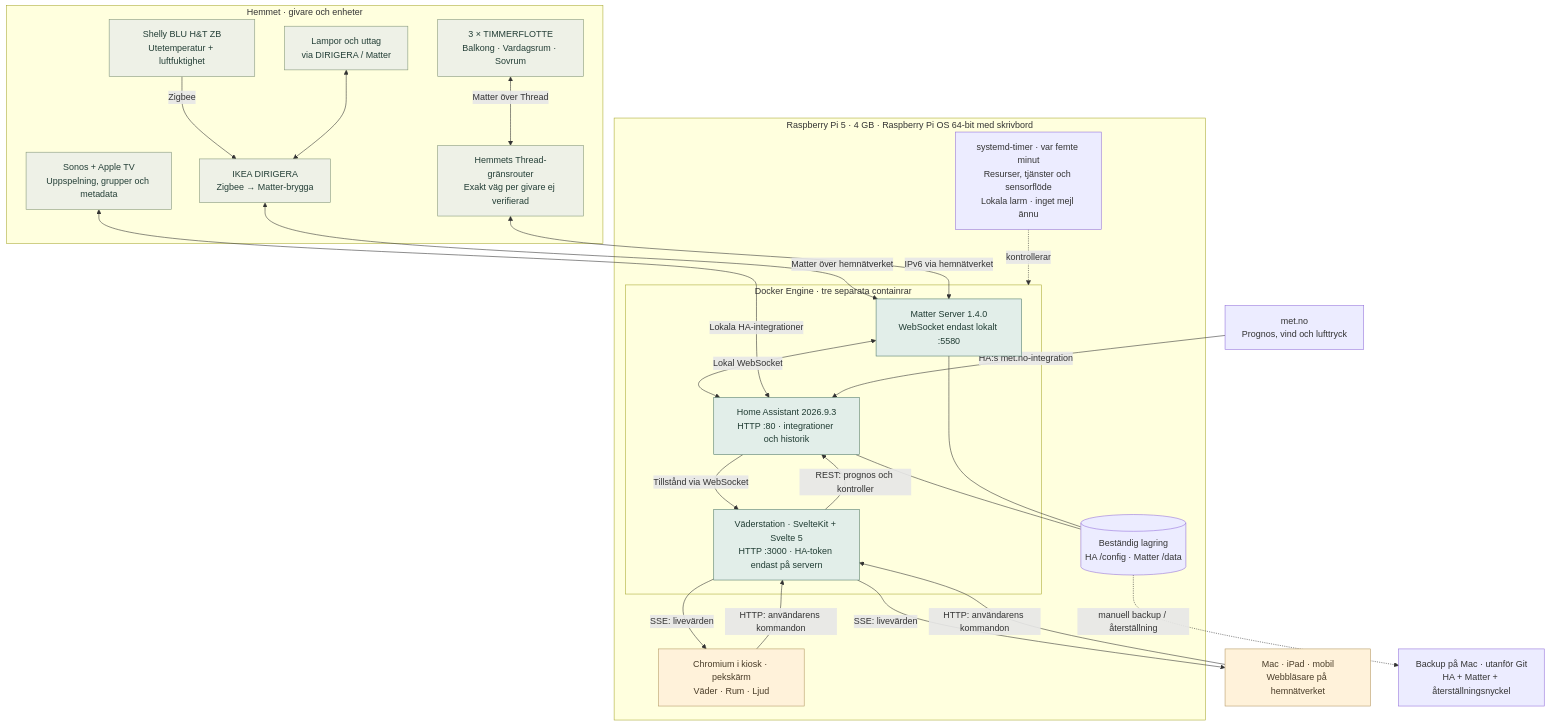
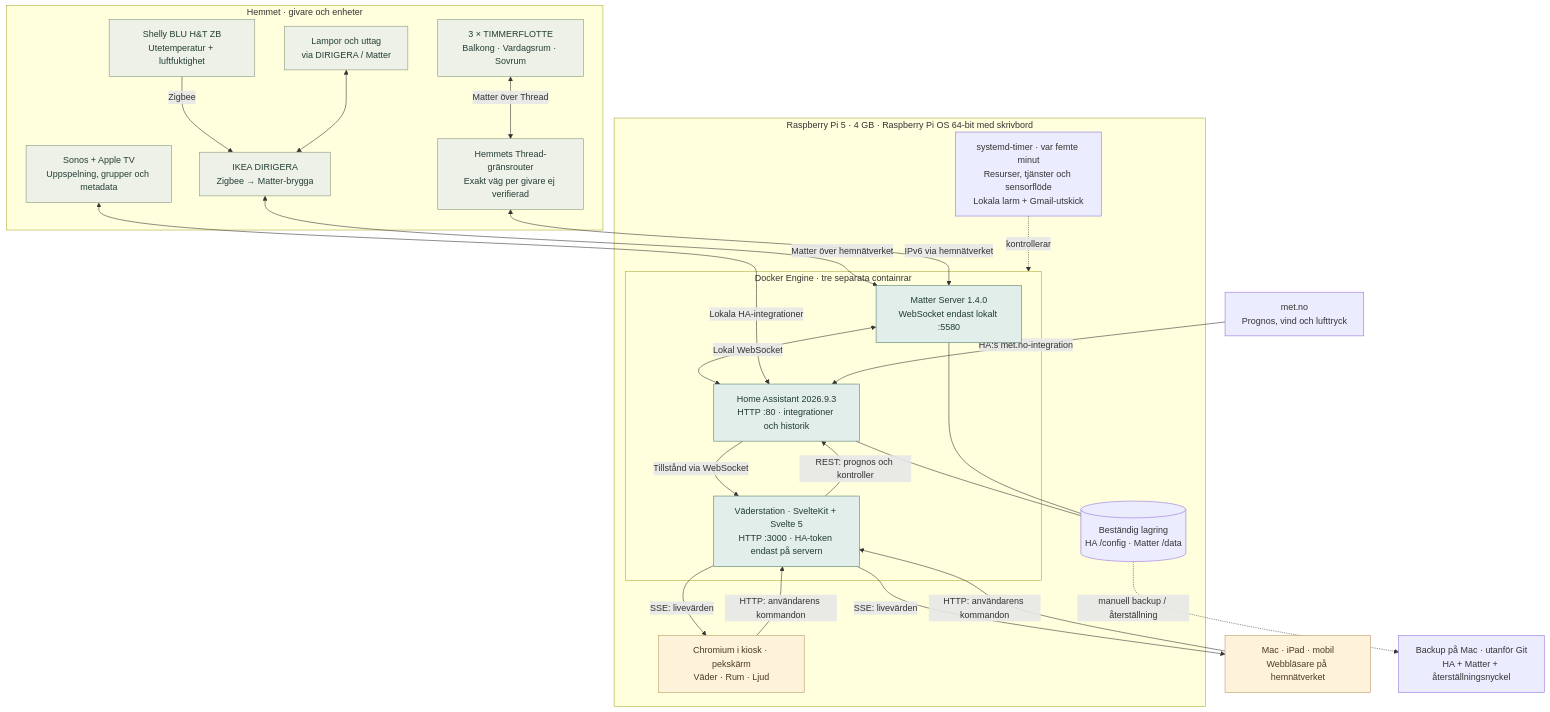
Before and after one commit to rosieboy/weather-station: the first of 3 diagrams in README.md, drawn with Mermaid. The commit also changed other lines of this file and 2 other files, not shown here.

Commit message:
Record verified Gmail alert delivery

````diff
--- a/README.md
+++ b/README.md
@@ -50,52 +50,52 @@
 ```mermaid
 flowchart TB
     subgraph Devices["Hemmet · givare och enheter"]
         Shelly["Shelly BLU H&T ZB<br/>Utetemperatur + luftfuktighet"]
         Dirigera["IKEA DIRIGERA<br/>Zigbee → Matter-brygga"]
         Timmer["3 × TIMMERFLOTTE<br/>Balkong · Vardagsrum · Sovrum"]
         Thread["Hemmets Thread-gränsrouter<br/>Exakt väg per givare ej verifierad"]
         Lights["Lampor och uttag<br/>via DIRIGERA / Matter"]
         Media["Sonos + Apple TV<br/>Uppspelning, grupper och metadata"]
         Shelly -->|Zigbee| Dirigera
         Timmer <-->|Matter över Thread| Thread
         Lights <--> Dirigera
     end
 
     Met["met.no<br/>Prognos, vind och lufttryck"]
 
     subgraph Pi["Raspberry Pi 5 · 4 GB · Raspberry Pi OS 64-bit med skrivbord"]
         subgraph Docker["Docker Engine · tre separata containrar"]
             Matter["Matter Server 1.4.0<br/>WebSocket endast lokalt :5580"]
             HA["Home Assistant 2026.9.3<br/>HTTP :80 · integrationer och historik"]
             App["Väderstation · SvelteKit + Svelte 5<br/>HTTP :3000 · HA-token endast på servern"]
             Matter <-->|Lokal WebSocket| HA
             HA -->|Tillstånd via WebSocket| App
             App -->|REST: prognos och kontroller| HA
         end
         Storage[("Beständig lagring<br/>HA /config · Matter /data")]
         Kiosk["Chromium i kiosk · pekskärm<br/>Väder · Rum · Ljud"]
-        Health["systemd-timer · var femte minut<br/>Resurser, tjänster och sensorflöde<br/>Lokala larm · inget mejl ännu"]
+        Health["systemd-timer · var femte minut<br/>Resurser, tjänster och sensorflöde<br/>Lokala larm + Gmail-utskick"]
         HA --- Storage
         Matter --- Storage
         App -->|SSE: livevärden| Kiosk
         Kiosk -->|HTTP: användarens kommandon| App
         Health -. kontrollerar .-> Docker
     end
 
     Dirigera <-->|Matter över hemnätverket| Matter
     Thread <-->|IPv6 via hemnätverket| Matter
     Media <-->|Lokala HA-integrationer| HA
     Met -->|HA:s met.no-integration| HA
     Clients["Mac · iPad · mobil<br/>Webbläsare på hemnätverket"]
     App -->|SSE: livevärden| Clients
     Clients -->|HTTP: användarens kommandon| App
     Backup["Backup på Mac · utanför Git<br/>HA + Matter + återställningsnyckel"]
     Storage -. manuell backup / återställning .-> Backup
 
     classDef hardware fill:#eef1e7,stroke:#829578,color:#233e36
     classDef service fill:#e2eee9,stroke:#527b6b,color:#203c33
     classDef screen fill:#fff2da,stroke:#b49864,color:#483b27
     class Shelly,Dirigera,Timmer,Thread,Lights,Media hardware
     class Matter,HA,App service
     class Kiosk,Clients screen
 ```
````
